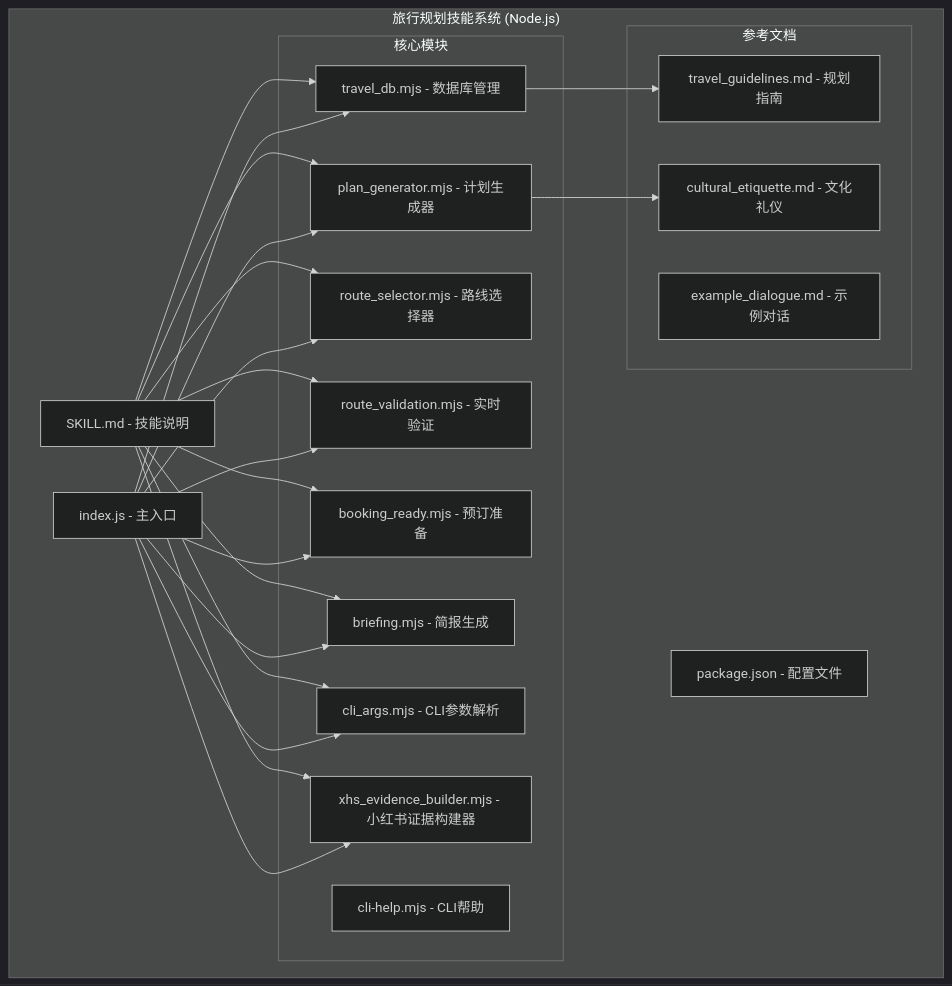
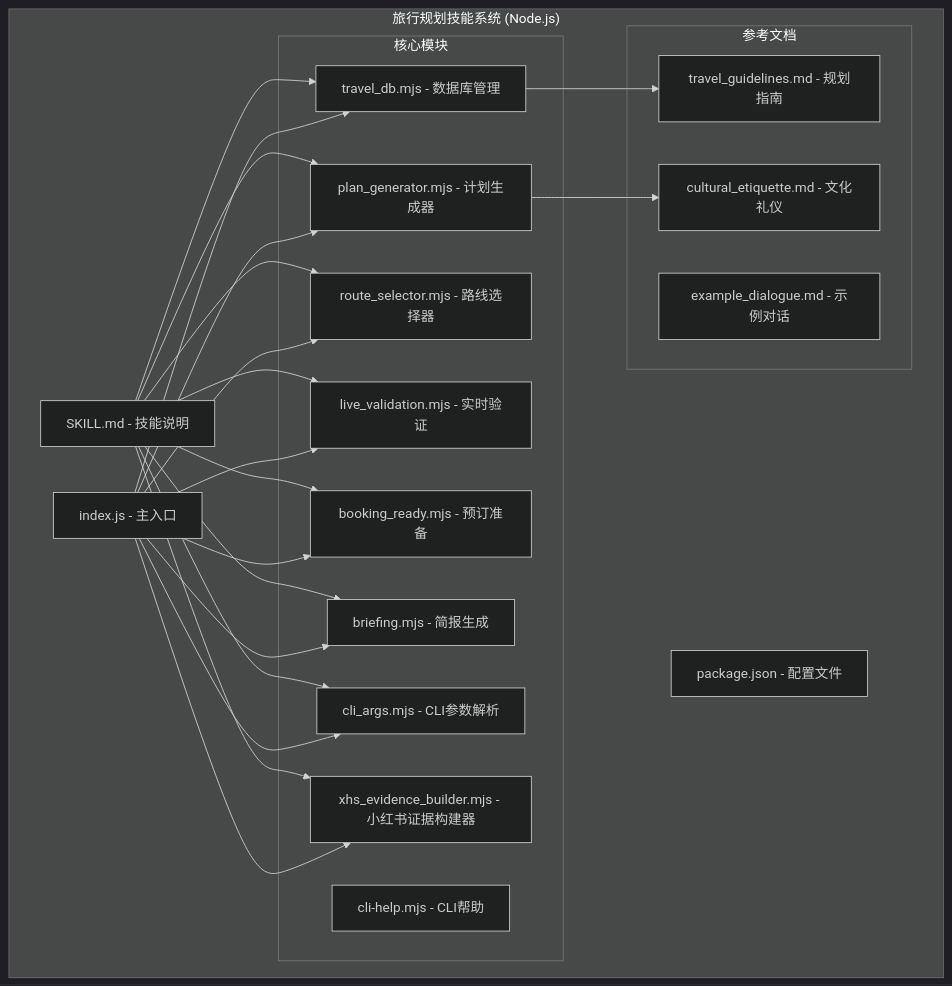
The first of 8 diagrams in .qoder/repowiki/zh/content/技能平台/内置技能/旅行规划技能系统.md (verse-ai-org/openclaw), drawn with Mermaid (dark theme) before and after one commit. The commit also changed other lines of this file and 74 other files, not shown here.

````diff
--- a/.qoder/repowiki/zh/content/技能平台/内置技能/旅行规划技能系统.md
+++ b/.qoder/repowiki/zh/content/技能平台/内置技能/旅行规划技能系统.md
@@ -70,42 +70,42 @@
 ```mermaid
 graph TB
 subgraph "旅行规划技能系统 (Node.js)"
 A[SKILL.md - 技能说明]
 B[index.js - 主入口]
 C[package.json - 配置文件]
 subgraph "核心模块"
 D[travel_db.mjs - 数据库管理]
 E[plan_generator.mjs - 计划生成器]
 F[route_selector.mjs - 路线选择器]
-G[route_validation.mjs - 实时验证]
+G[live_validation.mjs - 实时验证]
 H[booking_ready.mjs - 预订准备]
 I[briefing.mjs - 简报生成]
 J[cli_args.mjs - CLI参数解析]
 K[xhs_evidence_builder.mjs - 小红书证据构建器]
 L[cli-help.mjs - CLI帮助]
 end
 subgraph "参考文档"
 M[travel_guidelines.md - 规划指南]
 N[cultural_etiquette.md - 文化礼仪]
 O[example_dialogue.md - 示例对话]
 end
 end
 A --> D
 A --> E
 A --> F
 A --> G
 A --> H
 A --> I
 A --> J
 A --> K
 D --> M
 E --> N
 B --> D
 B --> E
 B --> F
 B --> G
 B --> H
 B --> I
 B --> J
 B --> K
 ```
````
